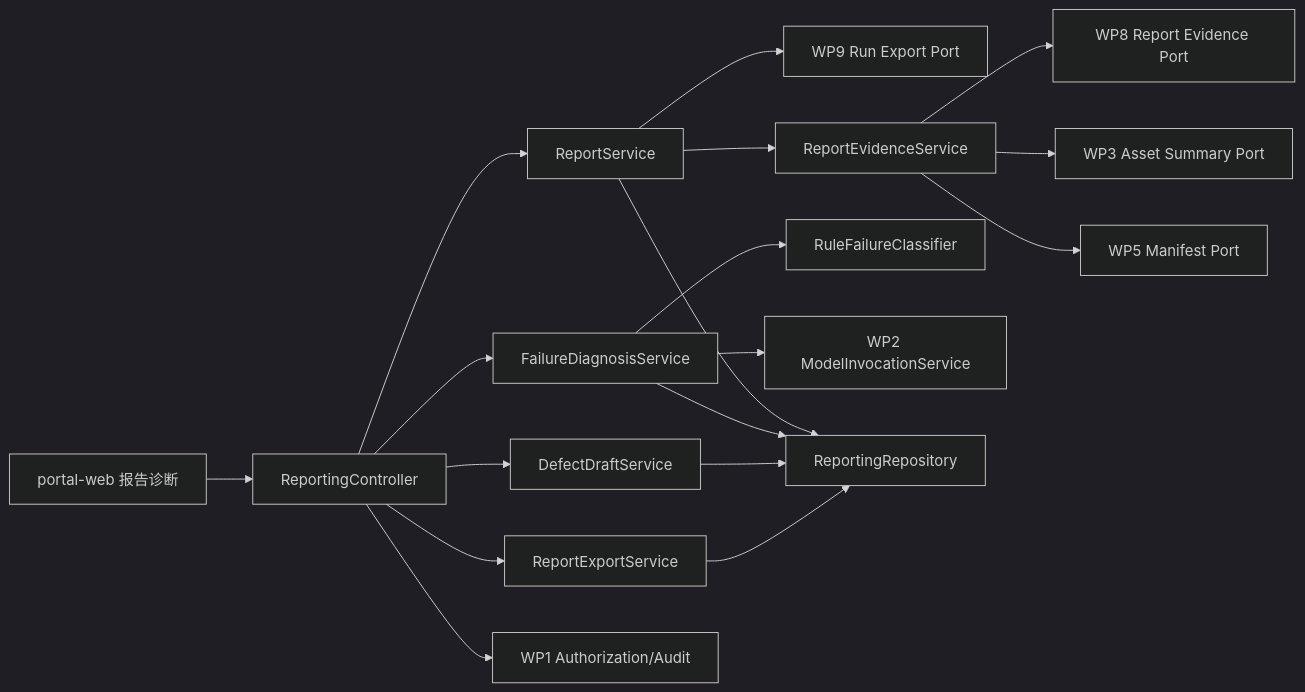
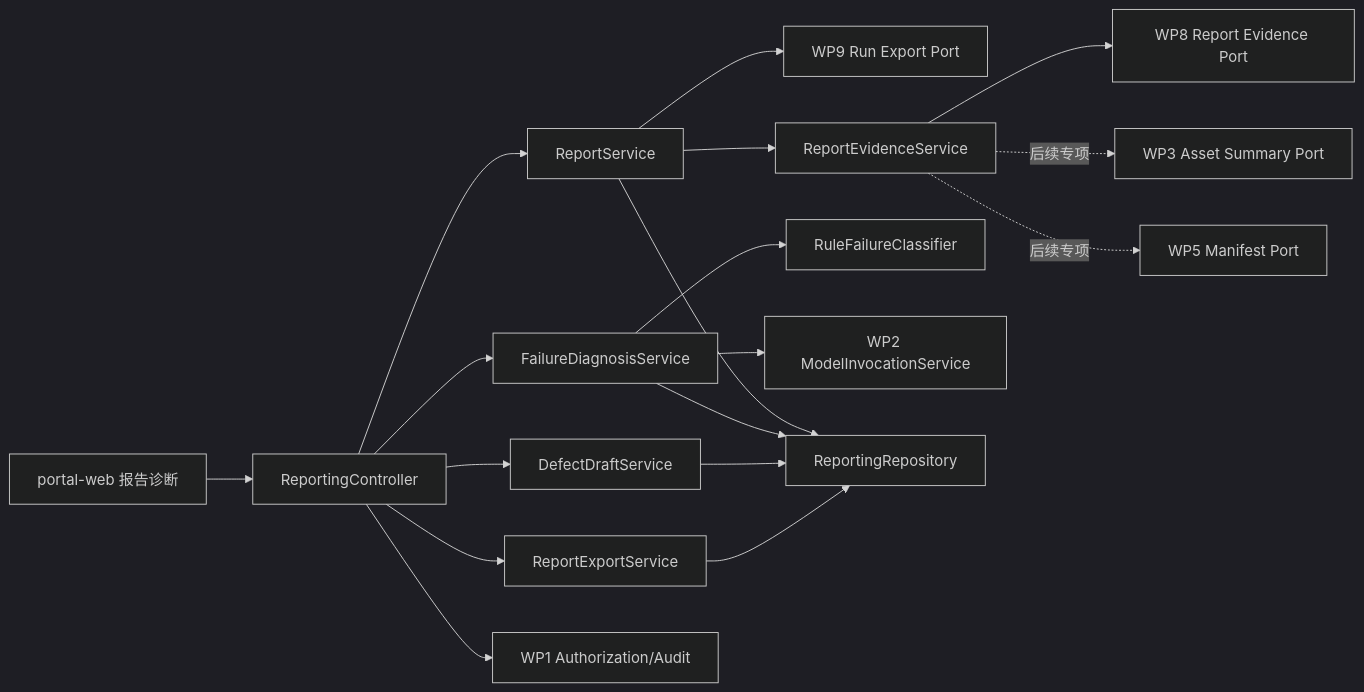
One commit to Sunhg2017/veri-agent changed the diagram in doc/mvp/final/engineering/WP10-报告与失败诊断-技术设计与接口契约.md. Above: the diagram before and after it, drawn with Mermaid (dark theme). The commit also changed other lines of this file and 9 other files, not shown here.

````diff
--- a/doc/mvp/final/engineering/WP10-报告与失败诊断-技术设计与接口契约.md
+++ b/doc/mvp/final/engineering/WP10-报告与失败诊断-技术设计与接口契约.md
@@ -25,20 +25,20 @@
 ```mermaid
 flowchart LR
     UI["portal-web 报告诊断"] --> API["ReportingController"]
     API --> REPORT["ReportService"]
     API --> DIAG["FailureDiagnosisService"]
     API --> DRAFT["DefectDraftService"]
     API --> EXPORT["ReportExportService"]
     REPORT --> WP9["WP9 Run Export Port"]
     REPORT --> EVIDENCE["ReportEvidenceService"]
     EVIDENCE --> WP8["WP8 Report Evidence Port"]
-    EVIDENCE --> WP3["WP3 Asset Summary Port"]
-    EVIDENCE --> WP5["WP5 Manifest Port"]
+    EVIDENCE -. 后续专项 .-> WP3["WP3 Asset Summary Port"]
+    EVIDENCE -. 后续专项 .-> WP5["WP5 Manifest Port"]
     DIAG --> CLASSIFIER["RuleFailureClassifier"]
     DIAG --> WP2["WP2 ModelInvocationService"]
     REPORT --> REPO["ReportingRepository"]
     DIAG --> REPO
     DRAFT --> REPO
     EXPORT --> REPO
     API --> AUTH["WP1 Authorization/Audit"]
 ```
````
